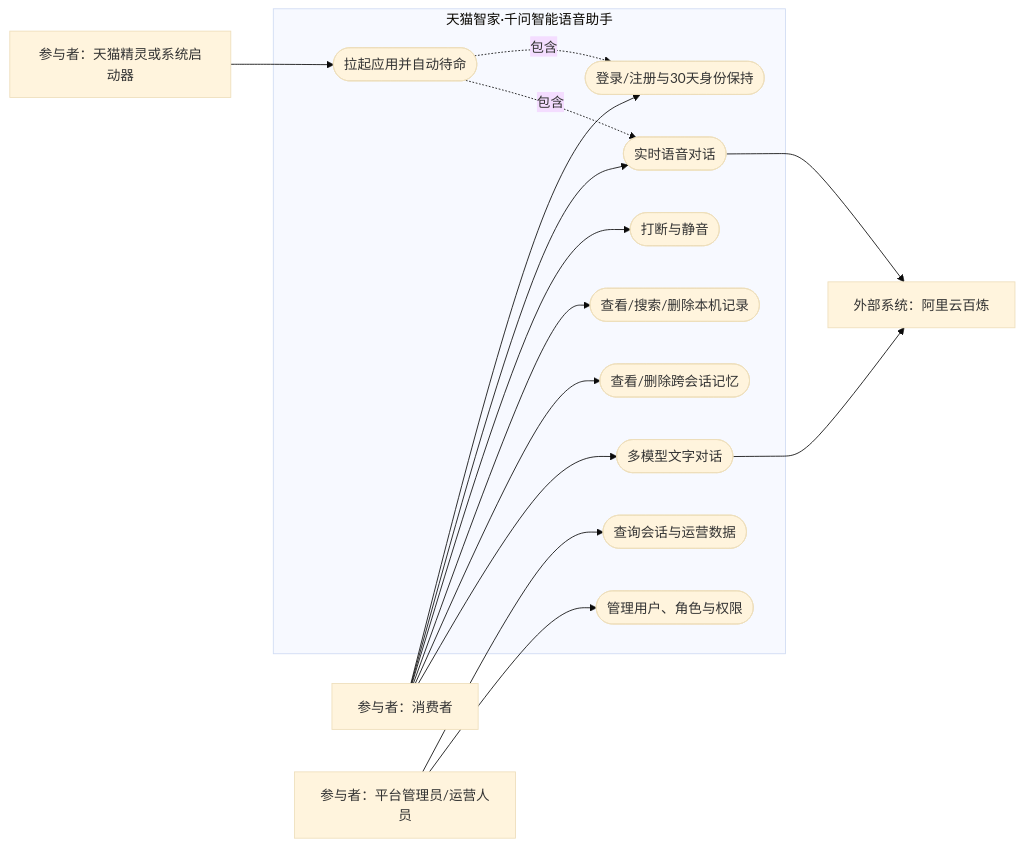
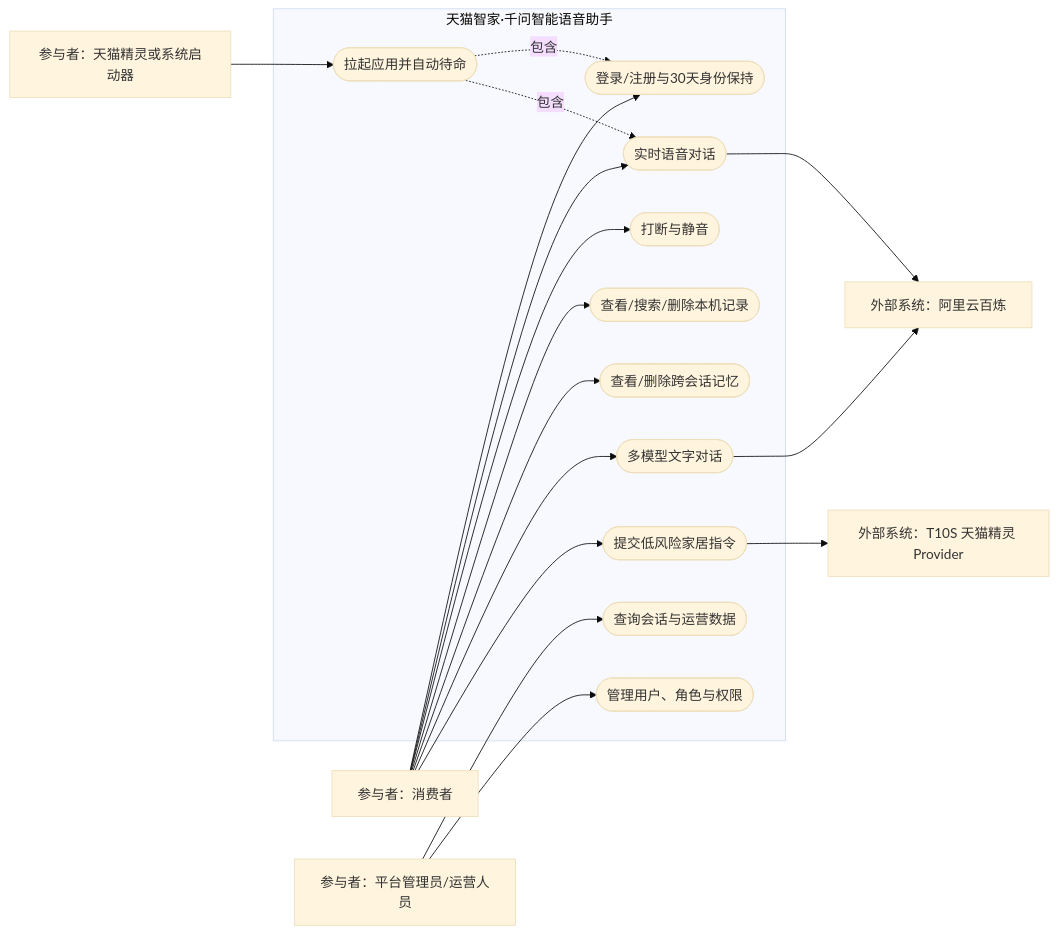
Before and after one commit to Dadalia1917/TianMao-Ruoyi: the first of 12 diagrams in README.md, drawn with Mermaid (base theme). The commit also changed other lines of this file and 31 other files, not shown here.

```diff
--- a/README.md
+++ b/README.md
@@ -158,33 +190,37 @@
 ~~~mermaid
 flowchart LR
     Consumer["参与者：消费者"]
     Admin["参与者：平台管理员/运营人员"]
     Launcher["参与者：天猫精灵或系统启动器"]
     Bailian["外部系统：阿里云百炼"]
+    GenieProvider["外部系统：T10S 天猫精灵 Provider"]
 
     subgraph System["天猫智家·千问智能语音助手"]
         UC_Login(["登录/注册与30天身份保持"])
         UC_Wake(["拉起应用并自动待命"])
         UC_Voice(["实时语音对话"])
         UC_Interrupt(["打断与静音"])
         UC_History(["查看/搜索/删除本机记录"])
         UC_Memory(["查看/删除跨会话记忆"])
         UC_Text(["多模型文字对话"])
+        UC_Home(["提交低风险家居指令"])
         UC_Audit(["查询会话与运营数据"])
         UC_Account(["管理用户、角色与权限"])
     end
 
     Consumer --> UC_Login
     Consumer --> UC_Voice
     Consumer --> UC_Interrupt
     Consumer --> UC_History
     Consumer --> UC_Memory
     Consumer --> UC_Text
+    Consumer --> UC_Home
     Launcher --> UC_Wake
     UC_Wake -. "包含" .-> UC_Login
     UC_Wake -. "包含" .-> UC_Voice
     UC_Voice --> Bailian
     UC_Text --> Bailian
+    UC_Home --> GenieProvider
     Admin --> UC_Audit
     Admin --> UC_Account
 ~~~
```
